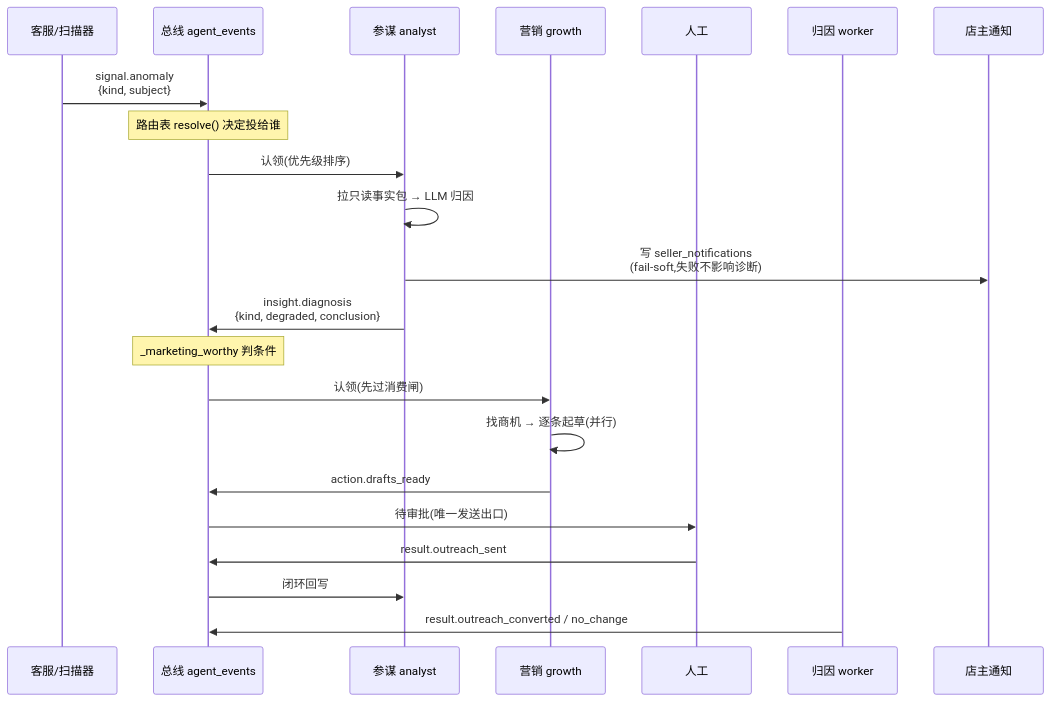
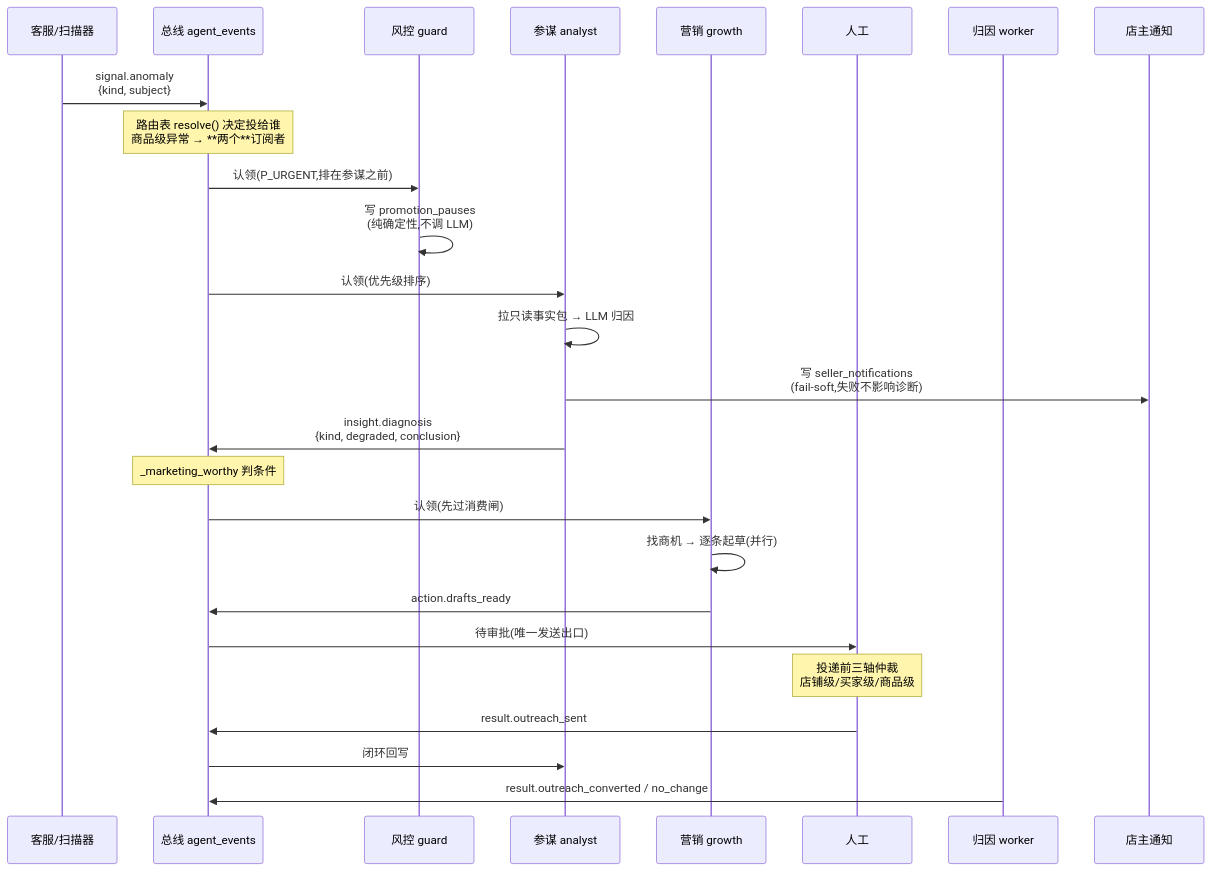
Before and after one commit to pengbo-web/ecom-service-agent: the second of 3 diagrams in docs/多智能体协作技术文档.md, drawn with Mermaid. The commit also changed other lines of this file, not shown here.

````diff
--- a/docs/多智能体协作技术文档.md
+++ b/docs/多智能体协作技术文档.md
@@ -272,26 +275,30 @@
 ```mermaid
 sequenceDiagram
   participant S as 客服/扫描器
   participant B as 总线 agent_events
+  participant W as 风控 guard
   participant A as 参谋 analyst
   participant G as 营销 growth
   participant H as 人工
   participant F as 归因 worker
 
   participant N as 店主通知
 
   S->>B: signal.anomaly<br/>{kind, subject}
-  Note over B: 路由表 resolve() 决定投给谁
+  Note over B: 路由表 resolve() 决定投给谁<br/>商品级异常 → **两个**订阅者
+  B->>W: 认领(P_URGENT,排在参谋之前)
+  W->>W: 写 promotion_pauses<br/>(纯确定性,不调 LLM)
   B->>A: 认领(优先级排序)
   A->>A: 拉只读事实包 → LLM 归因
   A->>N: 写 seller_notifications<br/>(fail-soft,失败不影响诊断)
   A->>B: insight.diagnosis<br/>{kind, degraded, conclusion}
   Note over B: _marketing_worthy 判条件
   B->>G: 认领(先过消费闸)
   G->>G: 找商机 → 逐条起草(并行)
   G->>B: action.drafts_ready
   B->>H: 待审批(唯一发送出口)
+  Note over H: 投递前三轴仲裁<br/>店铺级/买家级/商品级
   H->>B: result.outreach_sent
   B->>A: 闭环回写
   F->>B: result.outreach_converted / no_change
 ```
````
